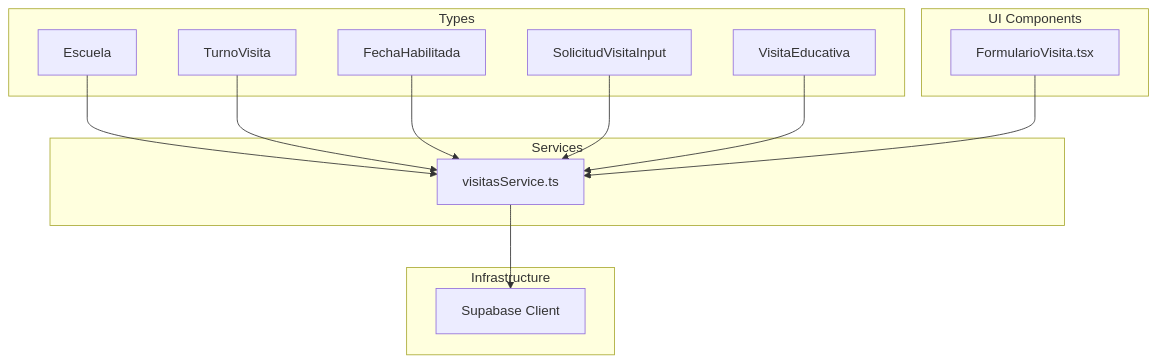
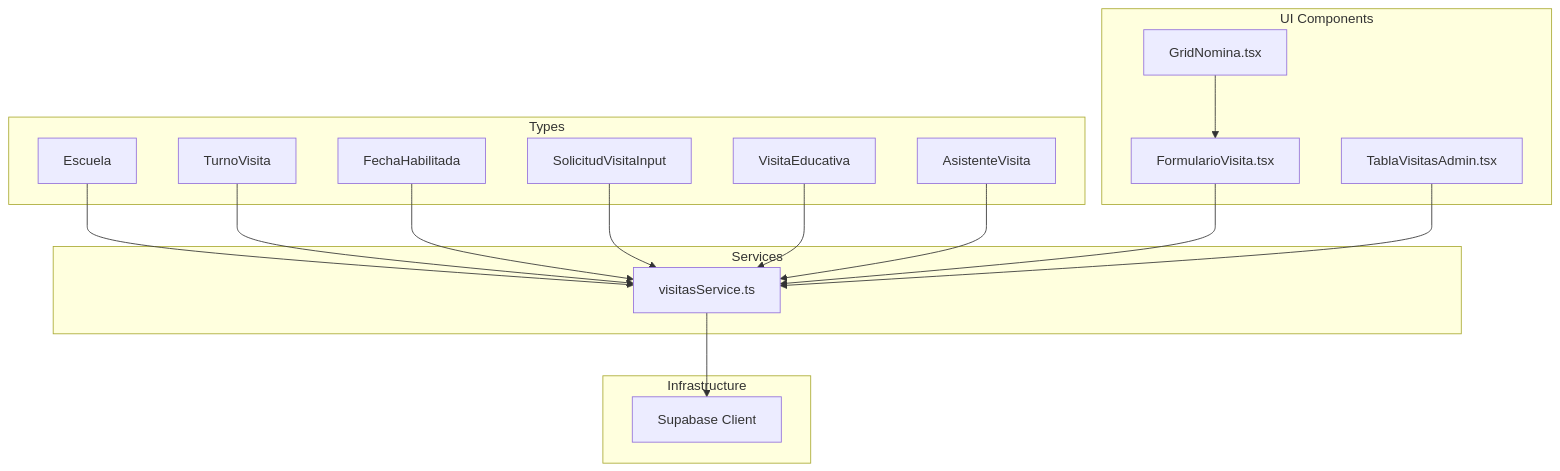
The first of 4 diagrams in .qoder/repowiki/en/content/Core Services & Business Logic/Core Services & Business Logic.md (AgusCatra/simu-twin-web), drawn with Mermaid before and after one commit. The commit also changed other lines of this file and 21 other files, not shown here.

````diff
--- a/.qoder/repowiki/en/content/Core Services & Business Logic/Core Services & Business Logic.md
+++ b/.qoder/repowiki/en/content/Core Services & Business Logic/Core Services & Business Logic.md
@@ -43,26 +48,32 @@
 ```mermaid
 graph TB
 subgraph "Types"
 T1["Escuela"]
 T2["TurnoVisita"]
 T3["FechaHabilitada"]
 T4["SolicitudVisitaInput"]
 T5["VisitaEducativa"]
+T6["AsistenteVisita"]
 end
 subgraph "Infrastructure"
 S["Supabase Client"]
 end
 subgraph "Services"
 V["visitasService.ts"]
 end
 subgraph "UI Components"
 U["FormularioVisita.tsx"]
+G["GridNomina.tsx"]
+A["TablaVisitasAdmin.tsx"]
 end
 T1 --> V
 T2 --> V
 T3 --> V
 T4 --> V
 T5 --> V
+T6 --> V
 V --> S
 U --> V
+G --> U
+A --> V
 ```
````
